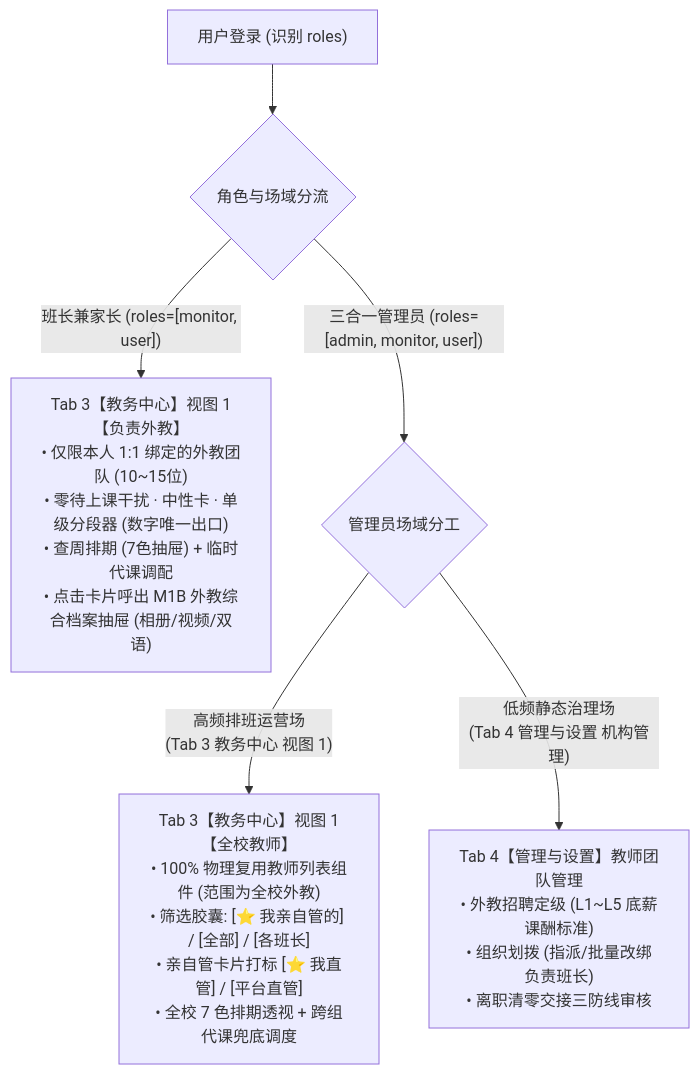
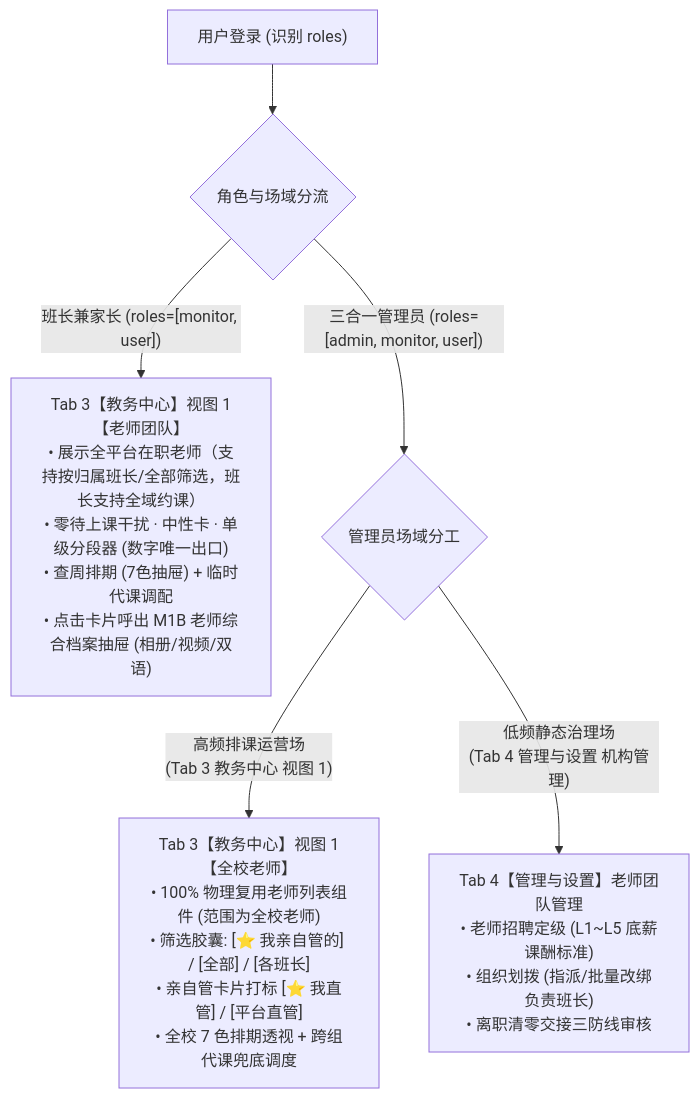
Before and after one commit to Onezao/dream: the sixth of 7 diagrams in docs/prd/m1b_teacher_profile.md, drawn with Mermaid. The commit also changed other lines of this file and 37 other files, not shown here.

````diff
--- a/docs/prd/m1b_teacher_profile.md
+++ b/docs/prd/m1b_teacher_profile.md
@@ -180,12 +180,12 @@
 ```mermaid
 flowchart TD
     LoginUser["用户登录 (识别 roles)"] --> RoleRouter{"角色与场域分流"}
     
-    RoleRouter -->|"班长兼家长 (roles=[monitor, user])"| MonitorTab3["Tab 3【教务中心】视图 1【负责外教】<br/>• 仅限本人 1:1 绑定的外教团队 (10~15位)<br/>• 零待上课干扰 · 中性卡 · 单级分段器 (数字唯一出口)<br/>• 查周排期 (7色抽屉) + 临时代课调配<br/>• 点击卡片呼出 M1B 外教综合档案抽屉 (相册/视频/双语)"]
+    RoleRouter -->|"班长兼家长 (roles=[monitor, user])"| MonitorTab3["Tab 3【教务中心】视图 1【老师团队】<br/>• 展示全平台在职老师（支持按归属班长/全部筛选，班长支持全域约课）<br/>• 零待上课干扰 · 中性卡 · 单级分段器 (数字唯一出口)<br/>• 查周排期 (7色抽屉) + 临时代课调配<br/>• 点击卡片呼出 M1B 老师综合档案抽屉 (相册/视频/双语)"]
     
     RoleRouter -->|"三合一管理员 (roles=[admin, monitor, user])"| AdminField{"管理员场域分工"}
     
-    AdminField -->|"高频排班运营场<br/>(Tab 3 教务中心 视图 1)"| AdminTab3["Tab 3【教务中心】视图 1【全校教师】<br/>• 100% 物理复用教师列表组件 (范围为全校外教)<br/>• 筛选胶囊: [⭐ 我亲自管的] / [全部] / [各班长]<br/>• 亲自管卡片打标 [⭐ 我直管] / [平台直管]<br/>• 全校 7 色排期透视 + 跨组代课兜底调度"]
+    AdminField -->|"高频排课运营场<br/>(Tab 3 教务中心 视图 1)"| AdminTab3["Tab 3【教务中心】视图 1【全校老师】<br/>• 100% 物理复用老师列表组件 (范围为全校老师)<br/>• 筛选胶囊: [⭐ 我亲自管的] / [全部] / [各班长]<br/>• 亲自管卡片打标 [⭐ 我直管] / [平台直管]<br/>• 全校 7 色排期透视 + 跨组代课兜底调度"]
     
-    AdminField -->|"低频静态治理场<br/>(Tab 4 管理与设置 机构管理)"| AdminTab4["Tab 4【管理与设置】教师团队管理<br/>• 外教招聘定级 (L1~L5 底薪课酬标准)<br/>• 组织划拨 (指派/批量改绑负责班长)<br/>• 离职清零交接三防线审核"]
+    AdminField -->|"低频静态治理场<br/>(Tab 4 管理与设置 机构管理)"| AdminTab4["Tab 4【管理与设置】老师团队管理<br/>• 老师招聘定级 (L1~L5 底薪课酬标准)<br/>• 组织划拨 (指派/批量改绑负责班长)<br/>• 离职清零交接三防线审核"]
 ```
````
